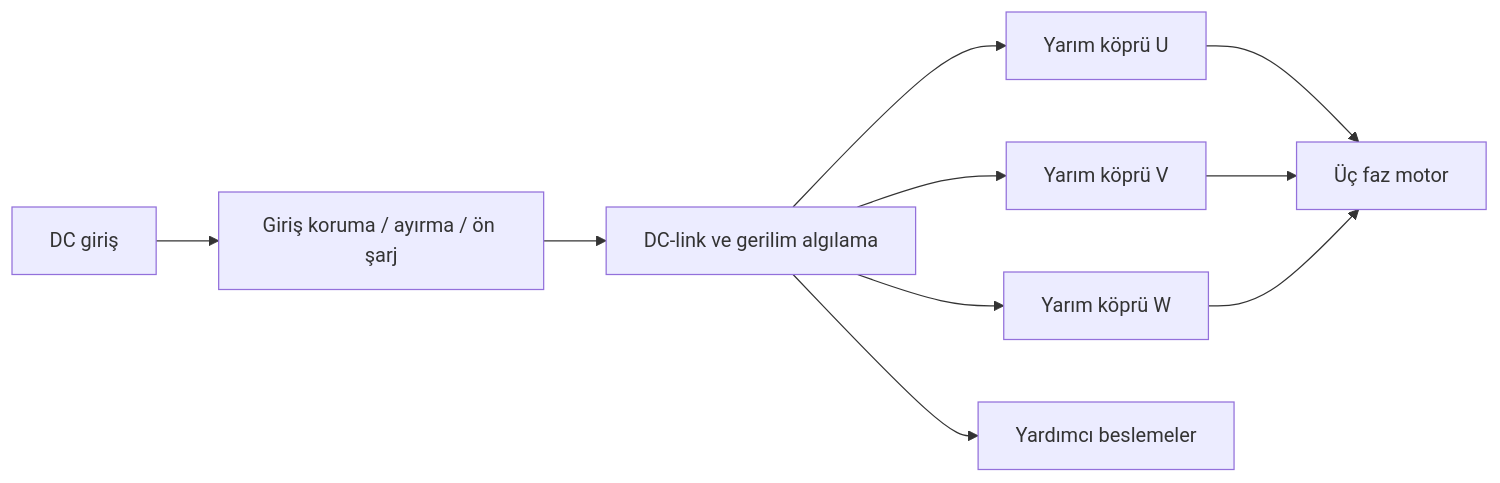
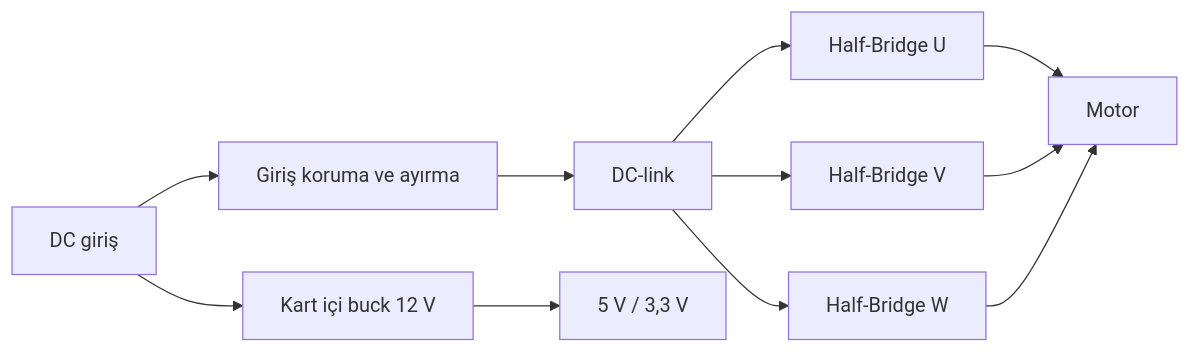
The first of 2 diagrams in docs/03-diagrams.md (ErhanHTML/BLDC_Motor_Driver), drawn with Mermaid before and after one commit. The commit also changed other lines of this file and 3 other files, not shown here.

Commit message:
docs: integrated onboard buck layout and remove external AUX CAN RS485 current connector

````diff
--- a/docs/03-diagrams.md
+++ b/docs/03-diagrams.md
@@ -7,12 +5,13 @@
 ```mermaid
 flowchart LR
-  IN[DC giriş] --> PROT[Giriş koruma / ayırma / ön şarj]
-  PROT --> LINK[DC-link ve gerilim algılama]
-  LINK --> A[Yarım köprü U]
-  LINK --> B[Yarım köprü V]
-  LINK --> C[Yarım köprü W]
-  A --> M[Üç faz motor]
+  IN[DC giriş] --> PROT[Giriş koruma ve ayırma]
+  PROT --> LINK[DC-link]
+  LINK --> A[Half-Bridge U]
+  LINK --> B[Half-Bridge V]
+  LINK --> C[Half-Bridge W]
+  A --> M[Motor]
   B --> M
   C --> M
-  LINK --> AUX[Yardımcı beslemeler]
+  IN --> AUX[Kart içi buck 12 V]
+  AUX --> LV[5 V / 3,3 V]
 ```
````
